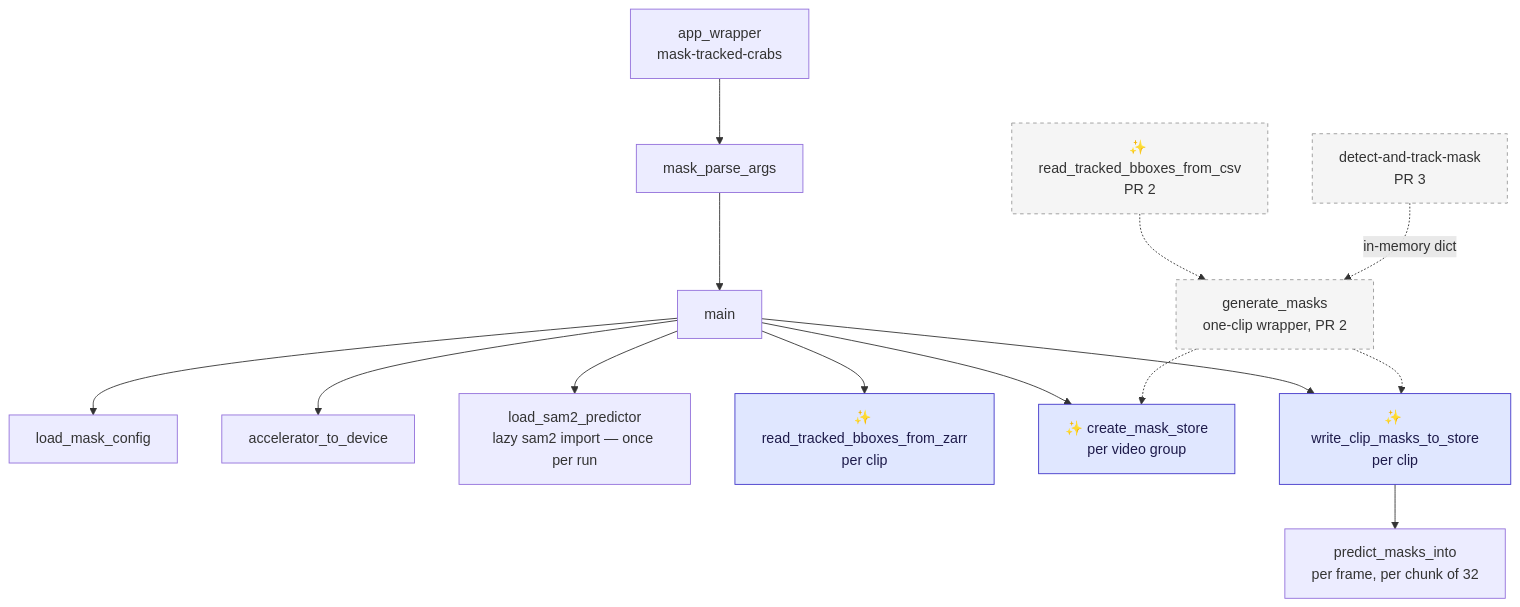
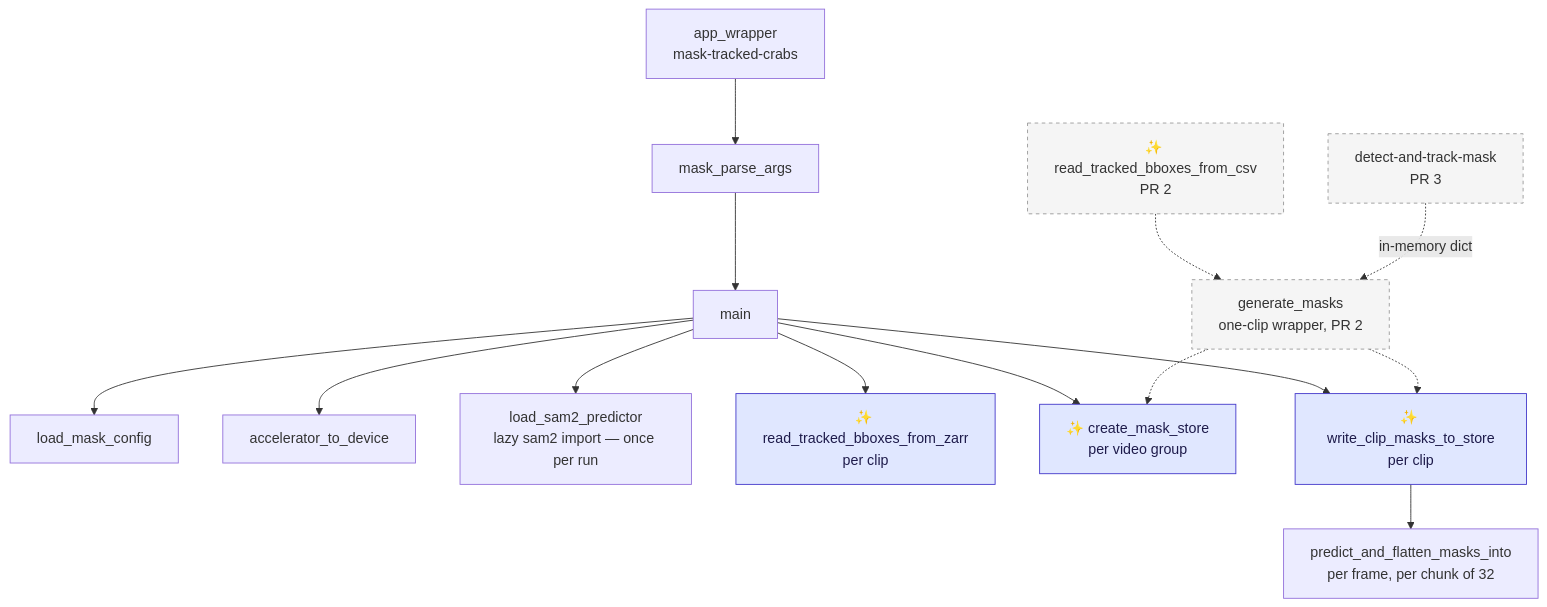
Before and after one commit to SainsburyWellcomeCentre/crabs-exploration: the third of 3 diagrams in claude-plans/proposal-mask-tracked-crabs.md, drawn with Mermaid. The commit also changed other lines of this file and 3 other files, not shown here.

````diff
--- a/claude-plans/proposal-mask-tracked-crabs.md
+++ b/claude-plans/proposal-mask-tracked-crabs.md
@@ -768,22 +861,22 @@
 ```mermaid
 flowchart TD
     W["app_wrapper<br/>mask-tracked-crabs"] --> P["mask_parse_args"]
     P --> M["main"]
     M --> C["load_mask_config"]
     M --> AD["accelerator_to_device"]
     M --> LP["load_sam2_predictor<br/>lazy sam2 import — once per run"]
     M --> RZ["✨ read_tracked_bboxes_from_zarr<br/>per clip"]
     M --> CS["✨ create_mask_store<br/>per video group"]
     M --> MC["✨ write_clip_masks_to_store<br/>per clip"]
-    MC --> PM["predict_masks_into<br/>per frame, per chunk of 32"]
+    MC --> PM["predict_and_flatten_masks_into<br/>per frame, per chunk of 32"]
     RC["✨ read_tracked_bboxes_from_csv<br/>PR 2"] -.-> GM["generate_masks<br/>one-clip wrapper, PR 2"]
     GM -.-> CS
     GM -.-> MC
     FUT["detect-and-track-mask<br/>PR 3"] -.->|"in-memory dict"| GM
     style RZ fill:#e0e7ff,stroke:#4338ca,color:#1e1b4b
     style CS fill:#e0e7ff,stroke:#4338ca,color:#1e1b4b
     style MC fill:#e0e7ff,stroke:#4338ca,color:#1e1b4b
     style RC fill:#f5f5f5,stroke:#999,color:#333,stroke-dasharray: 4 4
     style GM fill:#f5f5f5,stroke:#999,color:#333,stroke-dasharray: 4 4
     style FUT fill:#f5f5f5,stroke:#999,color:#333,stroke-dasharray: 4 4
 ```
````
